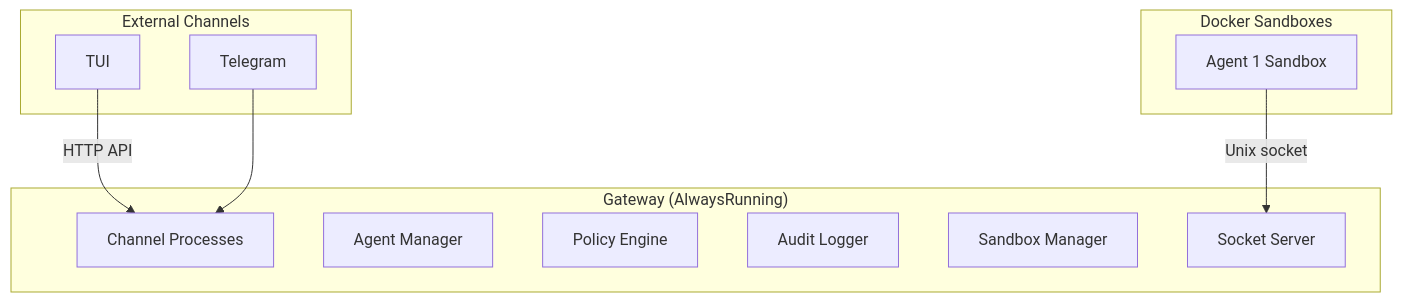
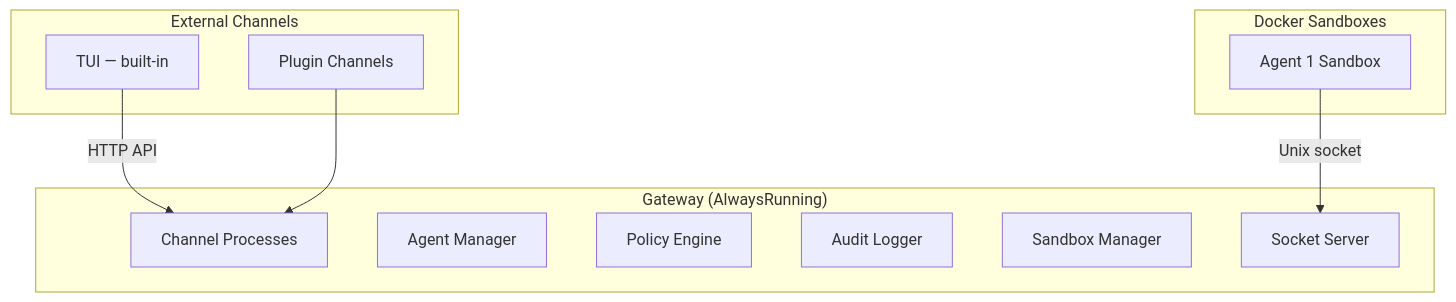
Before and after one commit to matthias-hausberger/beige: the diagram in docs/index.mdx, drawn with Mermaid. The commit also changed other lines of this file and 63 other files, not shown here.

First line of the commit message:
refactor!: plugin architecture

````diff
--- a/docs/index.mdx
+++ b/docs/index.mdx
@@ -45,23 +45,23 @@
 ```mermaid
 graph TB
     subgraph "Gateway (AlwaysRunning)"
         CH[Channel Processes]
         AM[Agent Manager]
         PE[Policy Engine]
         AL[Audit Logger]
         SM[Sandbox Manager]
         SS[Socket Server]
     end
 
     subgraph "External Channels"
-        TUI[TUI]
-        TG[Telegram]
+        TUI[TUI — built-in]
+        PLUG[Plugin Channels]
         TUI -->|HTTP API| CH
-        TG --> CH
+        PLUG --> CH
     end
 
     subgraph "Docker Sandboxes"
         SB1[Agent 1 Sandbox]
     end
     SB1 -->|Unix socket| SS
 ```
````
